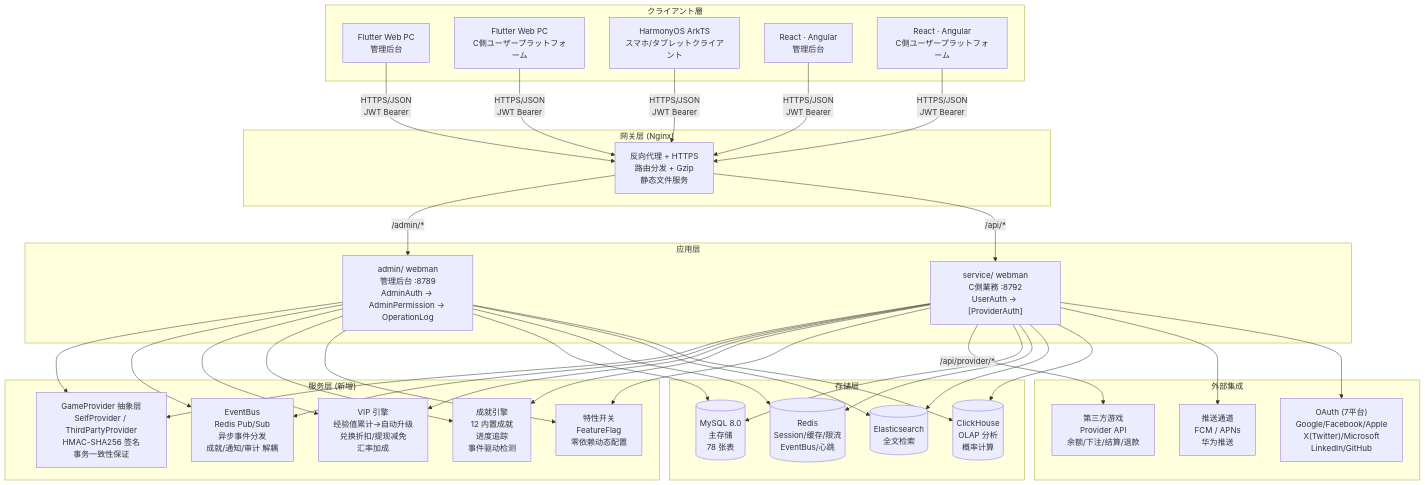
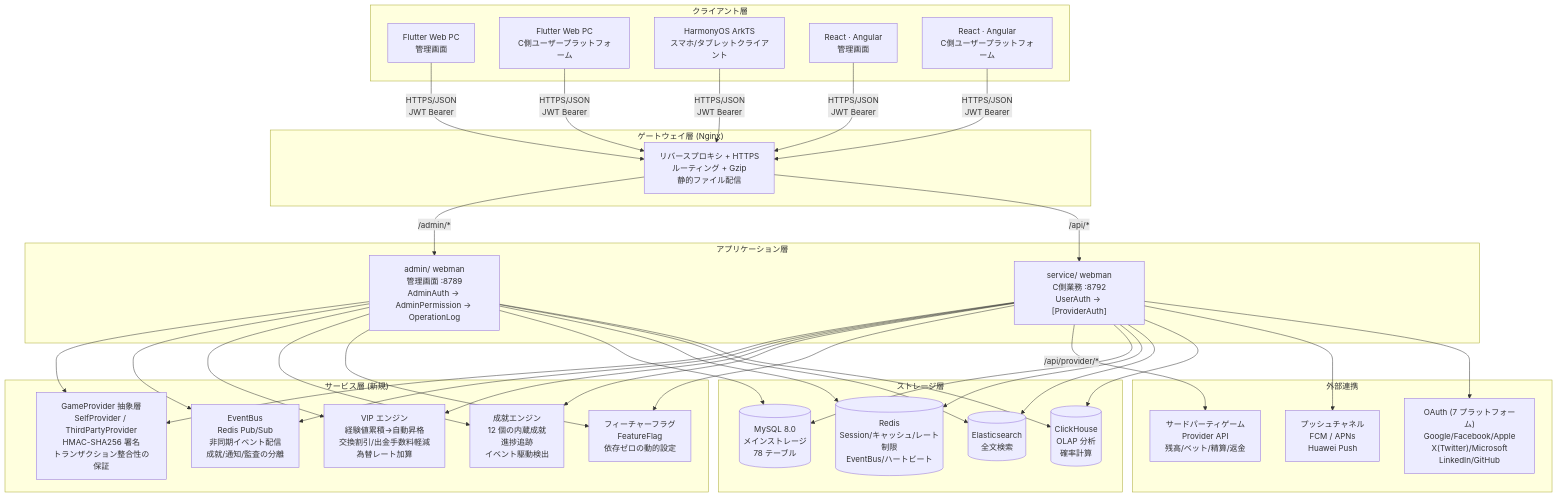
Before and after one commit to erikwang2013/game-platform-php: the first of 2 diagrams in docs/ARCHITECTURE.ja.md, drawn with Mermaid. The commit also changed other lines of this file and 211 other files, not shown here.

First line of the commit message:
fix: 支付配置读回类型根治、提现事件对账巡检，12 语族 mermaid 与 API 标签本地化

````diff
--- a/docs/ARCHITECTURE.ja.md
+++ b/docs/ARCHITECTURE.ja.md
@@ -11,48 +11,48 @@
 ```mermaid
 flowchart TB
     subgraph "クライアント層"
-        A1["Flutter Web PC<br/>管理后台"]
+        A1["Flutter Web PC<br/>管理画面"]
         A2["Flutter Web PC<br/>C側ユーザープラットフォーム"]
         A3["HarmonyOS ArkTS<br/>スマホ/タブレットクライアント"]
-        A4["React · Angular<br/>管理后台"]
+        A4["React · Angular<br/>管理画面"]
         A5["React · Angular<br/>C側ユーザープラットフォーム"]
     end
 
-    subgraph "网关层 (Nginx)"
-        B1["反向代理 + HTTPS<br/>路由分发 + Gzip<br/>静态文件服务"]
+    subgraph "ゲートウェイ層 (Nginx)"
+        B1["リバースプロキシ + HTTPS<br/>ルーティング + Gzip<br/>静的ファイル配信"]
     end
 
-    subgraph "应用层"
-        C1["admin/ webman<br/>管理后台 :8789<br/>AdminAuth → AdminPermission → OperationLog"]
+    subgraph "アプリケーション層"
+        C1["admin/ webman<br/>管理画面 :8789<br/>AdminAuth → AdminPermission → OperationLog"]
         C2["service/ webman<br/>C側業務 :8792<br/>UserAuth → [ProviderAuth]"]
     end
 
-    subgraph "服务层 (新增)"
-        D0["GameProvider 抽象层<br/>SelfProvider / ThirdPartyProvider<br/>HMAC-SHA256 签名<br/>事务一致性保证"]
-        D1["EventBus<br/>Redis Pub/Sub<br/>异步事件分发<br/>成就/通知/审计 解耦"]
-        D2["VIP 引擎<br/>经验值累计→自动升级<br/>兑换折扣/提现减免<br/>汇率加成"]
-        D3["成就引擎<br/>12 内置成就<br/>进度追踪<br/>事件驱动检测"]
-        D4["特性开关<br/>FeatureFlag<br/>零依赖动态配置"]
+    subgraph "サービス層 (新規)"
+        D0["GameProvider 抽象層<br/>SelfProvider / ThirdPartyProvider<br/>HMAC-SHA256 署名<br/>トランザクション整合性の保証"]
+        D1["EventBus<br/>Redis Pub/Sub<br/>非同期イベント配信<br/>成就/通知/監査の分離"]
+        D2["VIP エンジン<br/>経験値累積→自動昇格<br/>交換割引/出金手数料軽減<br/>為替レート加算"]
+        D3["成就エンジン<br/>12 個の内蔵成就<br/>進捗追跡<br/>イベント駆動検出"]
+        D4["フィーチャーフラグ<br/>FeatureFlag<br/>依存ゼロの動的設定"]
     end
 
-    subgraph "存储层"
-        E1[("MySQL 8.0<br/>主存储<br/>78 张表")]
-        E2[("Redis<br/>Session/缓存/限流<br/>EventBus/心跳")]
-        E3[("Elasticsearch<br/>全文检索")]
-        E4[("ClickHouse<br/>OLAP 分析<br/>概率计算")]
+    subgraph "ストレージ層"
+        E1[("MySQL 8.0<br/>メインストレージ<br/>78 テーブル")]
+        E2[("Redis<br/>Session/キャッシュ/レート制限<br/>EventBus/ハートビート")]
+        E3[("Elasticsearch<br/>全文検索")]
+        E4[("ClickHouse<br/>OLAP 分析<br/>確率計算")]
     end
 
-    subgraph "外部集成"
-        F1["第三方游戏<br/>Provider API<br/>余额/下注/结算/退款"]
-        F2["推送通道<br/>FCM / APNs<br/>华为推送"]
-        F3["OAuth (7平台)<br/>Google/Facebook/Apple<br/>X(Twitter)/Microsoft<br/>LinkedIn/GitHub"]
+    subgraph "外部連携"
+        F1["サードパーティゲーム<br/>Provider API<br/>残高/ベット/精算/返金"]
+        F2["プッシュチャネル<br/>FCM / APNs<br/>Huawei Push"]
+        F3["OAuth (7 プラットフォーム)<br/>Google/Facebook/Apple<br/>X(Twitter)/Microsoft<br/>LinkedIn/GitHub"]
     end
 
     A1 & A2 & A3 & A4 & A5 -->|"HTTPS/JSON<br/>JWT Bearer"| B1
     B1 -->|"/admin/*"| C1
     B1 -->|"/api/*"| C2
     C1 & C2 --> D0 & D1 & D2 & D3 & D4
     C2 -->|"/api/provider/*"| F1
     C1 & C2 --> E1 & E2 & E3 & E4
     C2 --> F2 & F3
 ```
````
